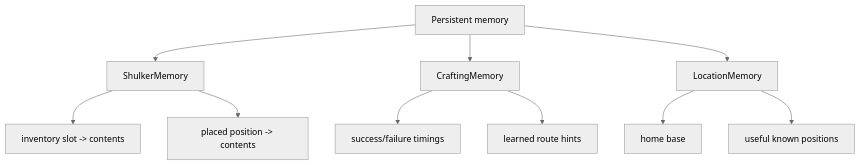
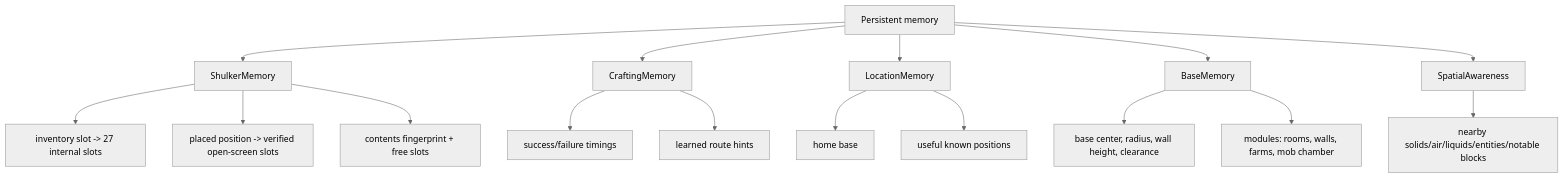
Before and after one commit to unaveragetech/Belfegor: the fifth of 8 diagrams in docs/ARCHITECTURE.md, drawn with Mermaid (neutral theme). The commit also changed other lines of this file and 117 other files, not shown here.

````diff
--- a/docs/ARCHITECTURE.md
+++ b/docs/ARCHITECTURE.md
@@ -137,12 +139,18 @@
 ```mermaid
 flowchart TD
     Memory["Persistent memory"] --> Shulker["ShulkerMemory"]
     Memory --> Craft["CraftingMemory"]
     Memory --> Location["LocationMemory"]
-    Shulker --> A["inventory slot -> contents"]
-    Shulker --> B["placed position -> contents"]
-    Craft --> C["success/failure timings"]
-    Craft --> D["learned route hints"]
-    Location --> E["home base"]
-    Location --> F["useful known positions"]
+    Memory --> Base["BaseMemory"]
+    Memory --> Spatial["SpatialAwareness"]
+    Shulker --> A["inventory slot -> 27 internal slots"]
+    Shulker --> B["placed position -> verified open-screen slots"]
+    Shulker --> C["contents fingerprint + free slots"]
+    Craft --> D["success/failure timings"]
+    Craft --> E["learned route hints"]
+    Location --> F["home base"]
+    Location --> G["useful known positions"]
+    Base --> H["base center, radius, wall height, clearance"]
+    Base --> I["modules: rooms, walls, farms, mob chamber"]
+    Spatial --> J["nearby solids/air/liquids/entities/notable blocks"]
 ```
````
